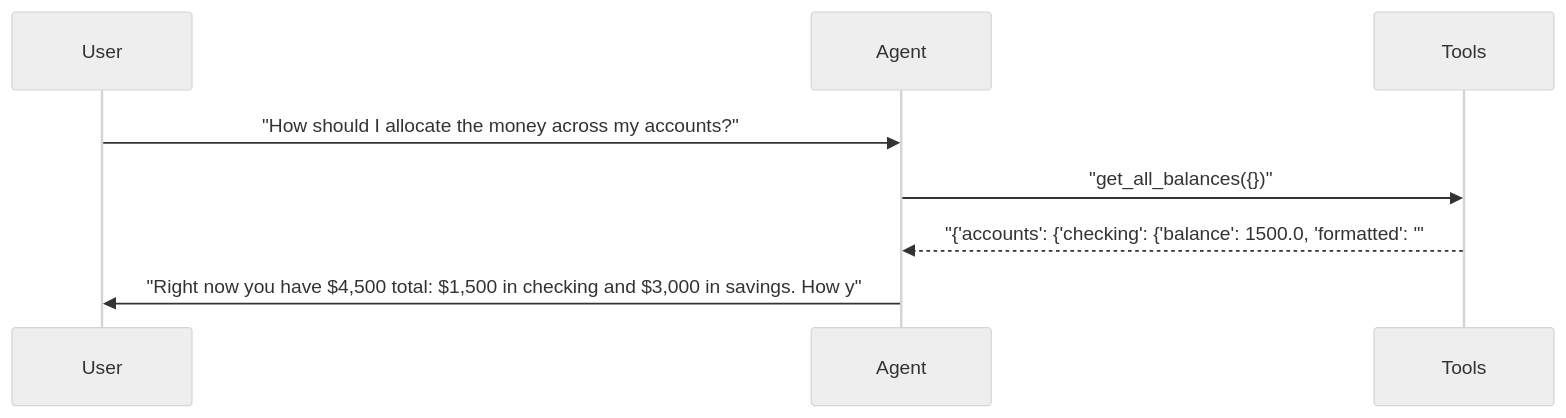
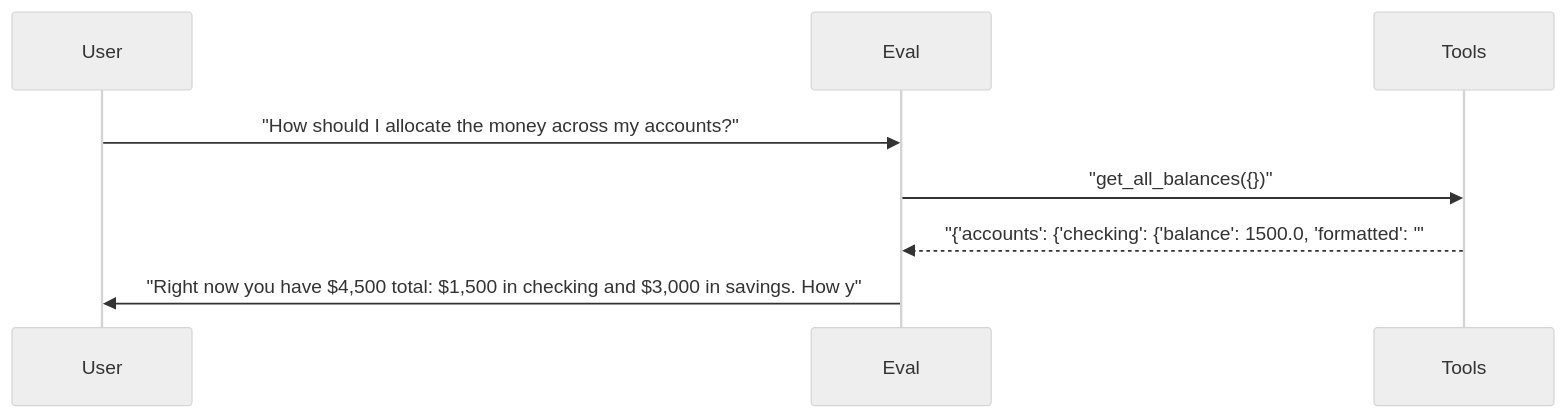
Before and after one commit to sbroenne/pytest-skill-engineering: the first of 4 diagrams in docs/reports/07_skill_improvement.md, drawn with Mermaid (neutral theme). The commit also changed other lines of this file and 155 other files, not shown here.

````diff
--- a/docs/reports/07_skill_improvement.md
+++ b/docs/reports/07_skill_improvement.md
@@ -172,11 +172,11 @@
 ```mermaid
 sequenceDiagram
     participant User
-    participant Agent
+    participant Eval
     participant Tools
 
-    User->>Agent: "How should I allocate the money across my accounts?"
-    Agent->>Tools: "get_all_balances({})"
-    Tools-->>Agent: "{'accounts': {'checking': {'balance': 1500.0, 'formatted': '"
-    Agent->>User: "Right now you have $4,500 total: $1,500 in checking and $3,000 in savings. How y"
+    User->>Eval: "How should I allocate the money across my accounts?"
+    Eval->>Tools: "get_all_balances({})"
+    Tools-->>Eval: "{'accounts': {'checking': {'balance': 1500.0, 'formatted': '"
+    Eval->>User: "Right now you have $4,500 total: $1,500 in checking and $3,000 in savings. How y"
 ```
````
